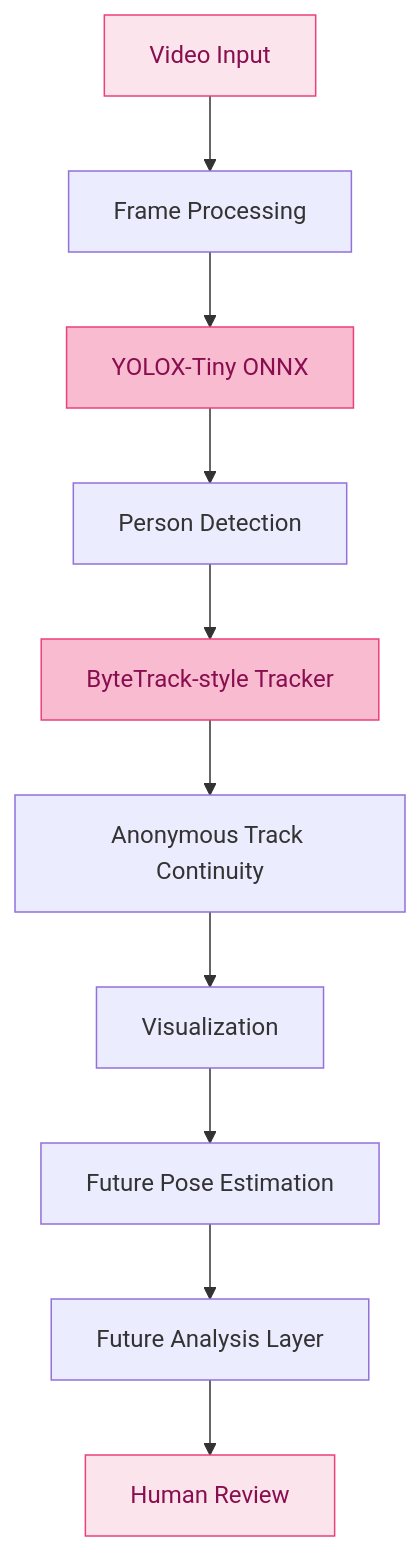
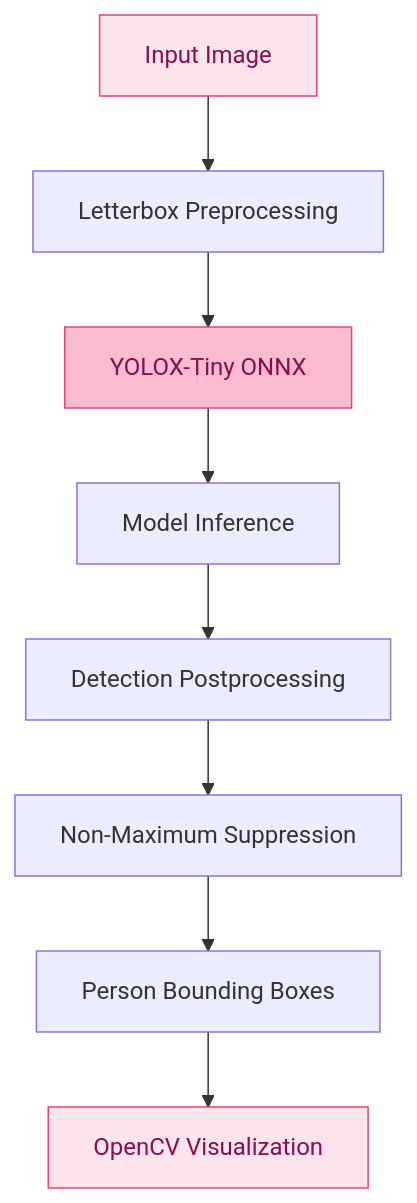
One commit to kyutakou/NANAMI changed the diagram in README.md. Above: the diagram before and after it, drawn with Mermaid. The commit also changed other lines of this file, not shown here.

````diff
--- a/README.md
+++ b/README.md
@@ -75,18 +65,14 @@
 ```mermaid
 flowchart TD
-    A[Video Input] --> B[Frame Processing]
+    A[Input Image] --> B[Letterbox Preprocessing]
     B --> C[YOLOX-Tiny ONNX]
-    C --> D[Person Detection]
-    D --> E[ByteTrack-style Tracker]
-    E --> F[Anonymous Track Continuity]
-    F --> G[Visualization]
+    C --> D[Model Inference]
+    D --> E[Detection Postprocessing]
+    E --> F[Non-Maximum Suppression]
+    F --> G[Person Bounding Boxes]
+    G --> H[OpenCV Visualization]
 
-    G --> H[Future Pose Estimation]
-    H --> I[Future Analysis Layer]
-    I --> J[Human Review]
-    
     style A fill:#FCE4EC,stroke:#EC407A,color:#880E4F
     style C fill:#F8BBD0,stroke:#EC407A,color:#880E4F
-    style E fill:#F8BBD0,stroke:#EC407A,color:#880E4F
-    style J fill:#FCE4EC,stroke:#EC407A,color:#880E4F
+    style H fill:#FCE4EC,stroke:#EC407A,color:#880E4F
 ```
````
